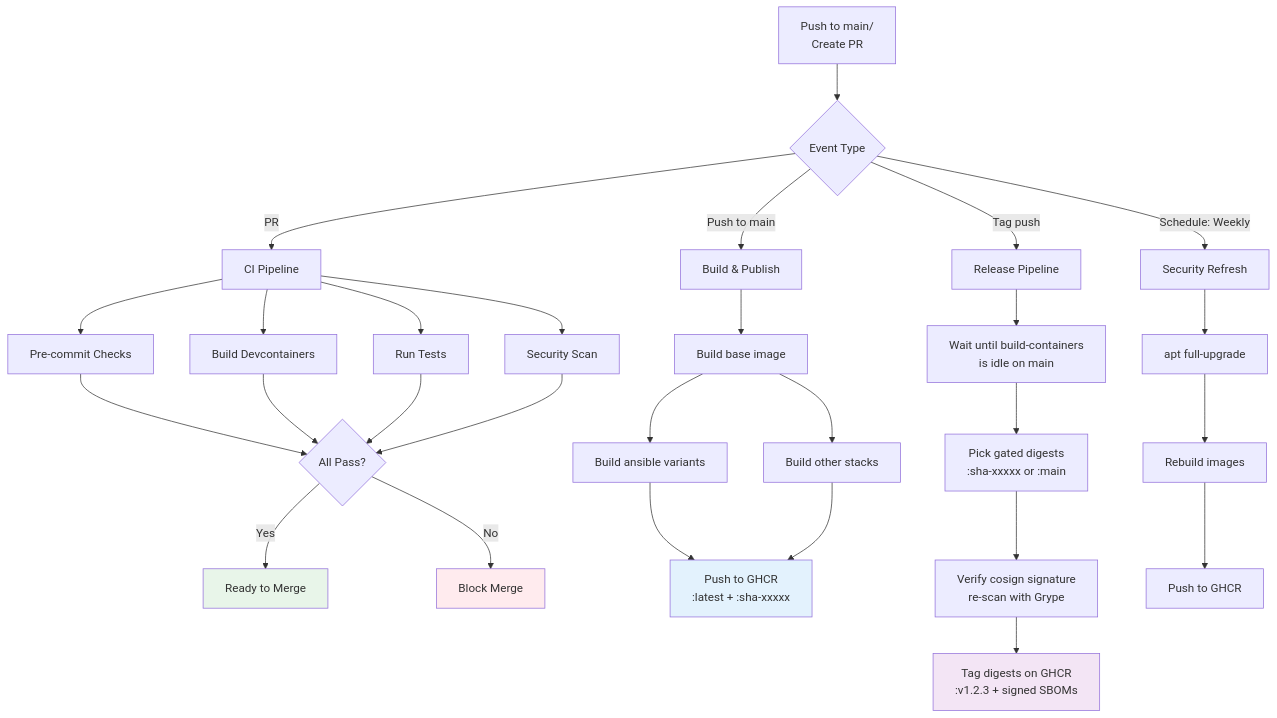
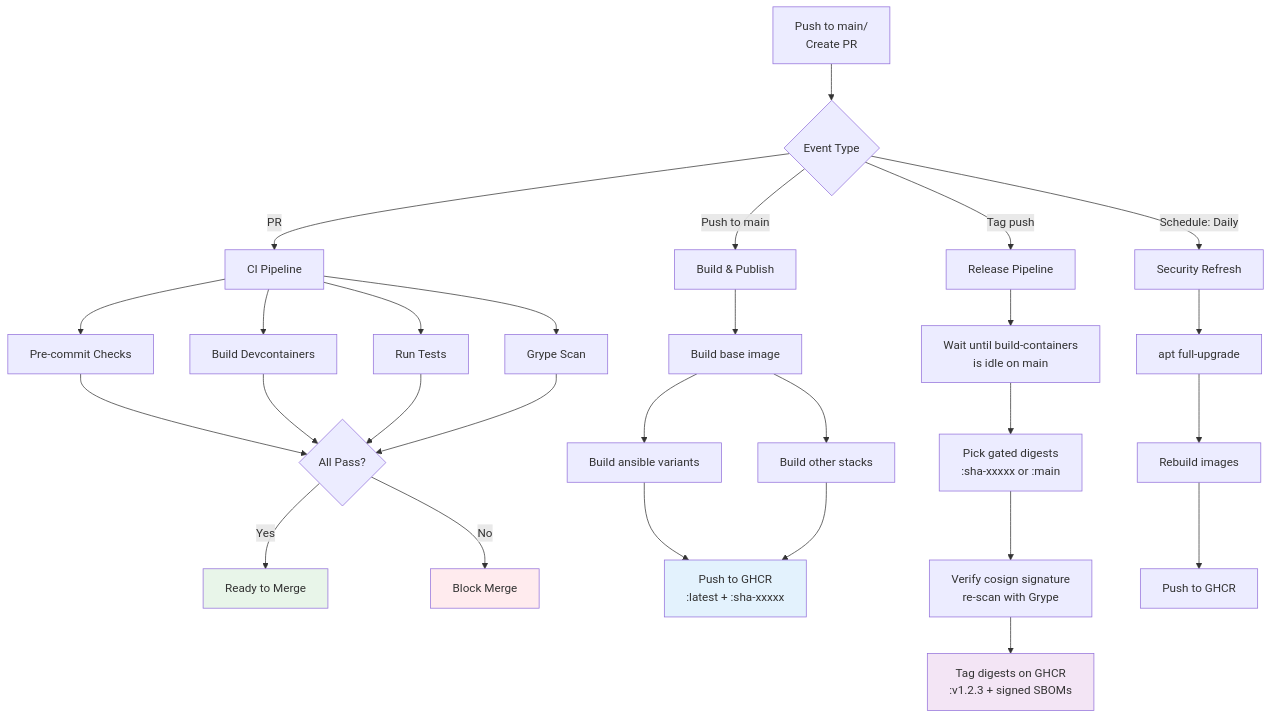
The fourth of 11 diagrams in docs/ARCHITECTURE.md (malpanez/ansible-devcontainer-vscode), drawn with Mermaid before and after one commit. The commit also changed other lines of this file and 26 other files, not shown here.

````diff
--- a/docs/ARCHITECTURE.md
+++ b/docs/ARCHITECTURE.md
@@ -143,37 +128,37 @@
 ```mermaid
 graph TD
     A[Push to main/<br/>Create PR] --> B{Event Type}
 
     B -->|PR| C[CI Pipeline]
     B -->|Push to main| D[Build & Publish]
     B -->|Tag push| E[Release Pipeline]
-    B -->|Schedule: Weekly| F[Security Refresh]
+    B -->|Schedule: Daily| F[Security Refresh]
 
     C --> C1[Pre-commit Checks]
     C --> C2[Build Devcontainers]
     C --> C3[Run Tests]
-    C --> C4[Security Scan]
+    C --> C4[Grype Scan]
 
     C1 & C2 & C3 & C4 --> C5{All Pass?}
     C5 -->|Yes| C6[Ready to Merge]
     C5 -->|No| C7[Block Merge]
 
     D --> D1[Build base image]
     D1 --> D2[Build ansible variants]
     D1 --> D3[Build other stacks]
     D2 & D3 --> D4[Push to GHCR<br/>:latest + :sha-xxxxx]
 
     E --> E1[Wait until build-containers<br/>is idle on main]
     E1 --> E2[Pick gated digests<br/>:sha-xxxxx or :main]
     E2 --> E3[Verify cosign signature<br/>re-scan with Grype]
     E3 --> E4[Tag digests on GHCR<br/>:v1.2.3 + signed SBOMs]
 
     F --> F1[apt full-upgrade]
     F1 --> F2[Rebuild images]
     F2 --> F4[Push to GHCR]
 
     style C6 fill:#e8f5e9
     style C7 fill:#ffebee
     style D4 fill:#e3f2fd
     style E4 fill:#f3e5f5
 ```
````
